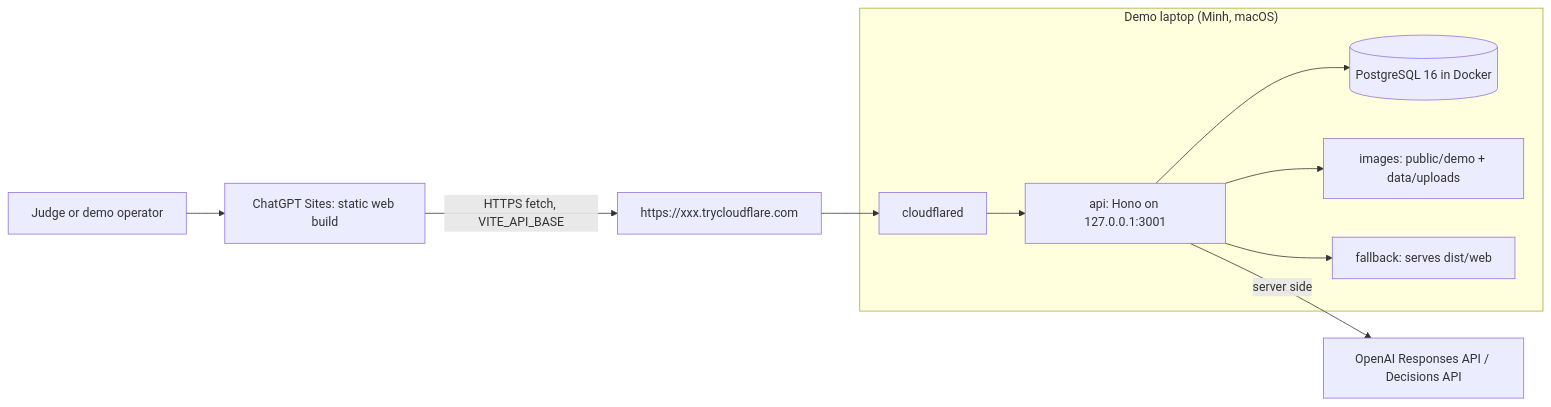
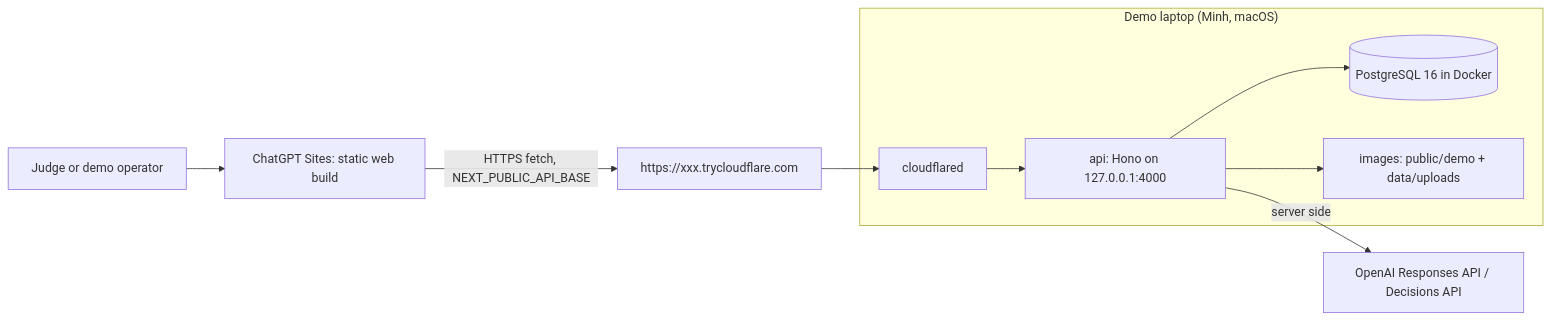
One commit to Phonghigh/seaLion-codex-hackthon-sea-openai changed the first of 2 diagrams in docs/Architecture.md. Above: the diagram before and after it, drawn with Mermaid. The commit also changed other lines of this file and 19 other files, not shown here.

Commit message:
feat(T01b): add Hono API foundation and Docker Postgres

````diff
--- a/docs/Architecture.md
+++ b/docs/Architecture.md
@@ -14,13 +11,12 @@
 ```mermaid
 flowchart LR
     Judge[Judge or demo operator] --> Site[ChatGPT Sites: static web build]
-    Site -->|HTTPS fetch, VITE_API_BASE| Edge[https://xxx.trycloudflare.com]
+    Site -->|HTTPS fetch, NEXT_PUBLIC_API_BASE| Edge[https://xxx.trycloudflare.com]
     subgraph Mac["Demo laptop (Minh, macOS)"]
-        Tunnel[cloudflared] --> API[api: Hono on 127.0.0.1:3001]
+        Tunnel[cloudflared] --> API[api: Hono on 127.0.0.1:4000]
         API --> DB[(PostgreSQL 16 in Docker)]
         API --> Files[images: public/demo + data/uploads]
-        API --> Dist[fallback: serves dist/web]
     end
     Edge --> Tunnel
     API -->|server side| OpenAI[OpenAI Responses API / Decisions API]
 ```
````
